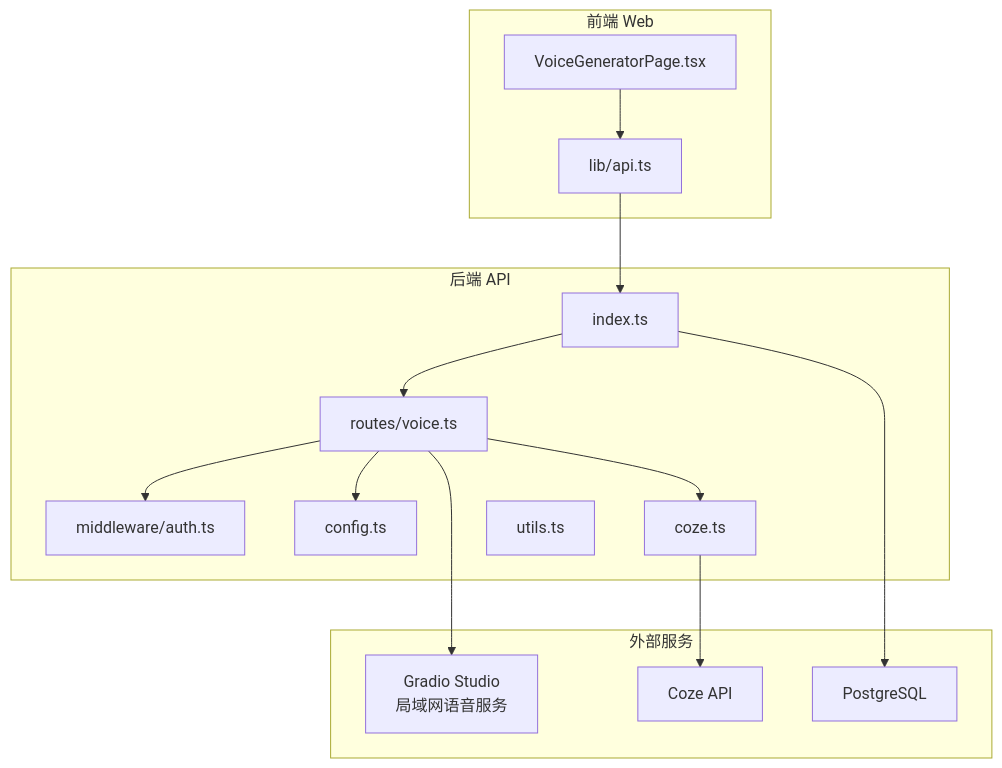
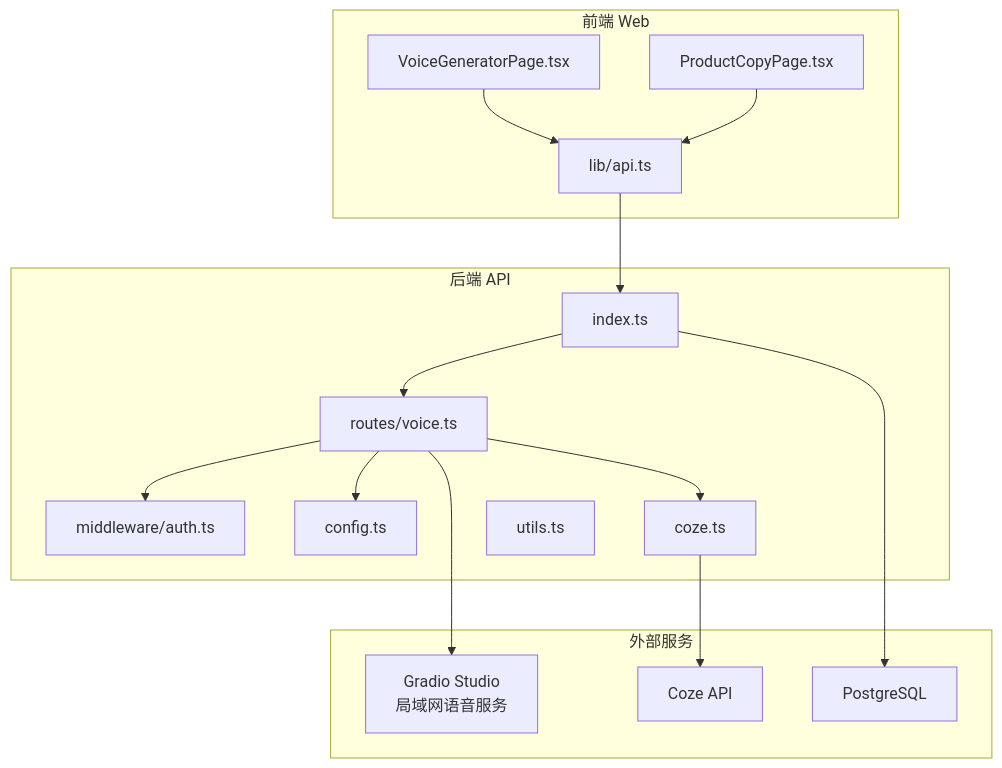
The first of 4 diagrams in .qoder/repowiki/zh/content/API 接口文档/语音生成接口.md (hanksd769-droid/sailshub), drawn with Mermaid before and after one commit. The commit also changed other lines of this file and 13 other files, not shown here.

````diff
--- a/.qoder/repowiki/zh/content/API 接口文档/语音生成接口.md
+++ b/.qoder/repowiki/zh/content/API 接口文档/语音生成接口.md
@@ -44,29 +52,31 @@
 ```mermaid
 graph TB
 subgraph "前端 Web"
 WG["VoiceGeneratorPage.tsx"]
+PC["ProductCopyPage.tsx"]
 API["lib/api.ts"]
 end
 subgraph "后端 API"
 IDX["index.ts"]
 VOICE["routes/voice.ts"]
 AUTH["middleware/auth.ts"]
 CONF["config.ts"]
 COZE["coze.ts"]
 UTIL["utils.ts"]
 end
 subgraph "外部服务"
 GRADIO["Gradio Studio<br/>局域网语音服务"]
 COZE_API["Coze API"]
 DB["PostgreSQL"]
 end
 WG --> API
+PC --> API
 API --> IDX
 IDX --> VOICE
 VOICE --> AUTH
 VOICE --> CONF
 VOICE --> COZE
 COZE --> COZE_API
 VOICE --> GRADIO
 IDX --> DB
 ```
````
